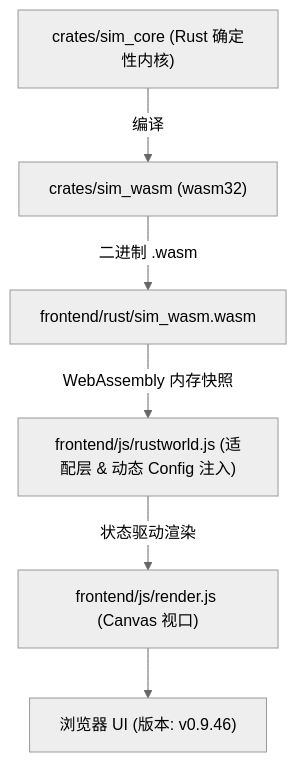
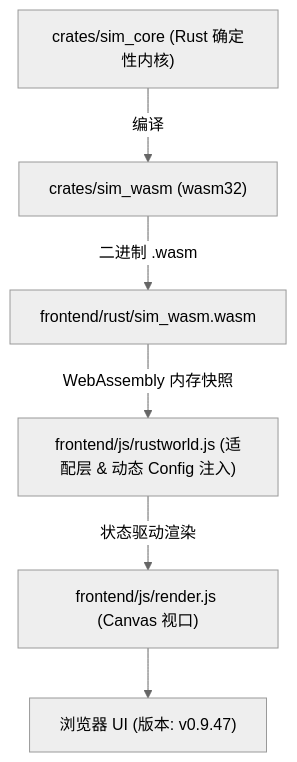
One commit to g39088902/FlowAndAccord changed the diagram in AGENTS.md. Above: the diagram before and after it, drawn with Mermaid (neutral theme). The commit also changed other lines of this file and 12 other files, not shown here.

````diff
--- a/AGENTS.md
+++ b/AGENTS.md
@@ -41,8 +41,8 @@
 ```mermaid
 graph TD
     A["crates/sim_core (Rust 确定性内核)"] -->|编译| B["crates/sim_wasm (wasm32)"]
     B -->|二进制 .wasm| C["frontend/rust/sim_wasm.wasm"]
     C -->|WebAssembly 内存快照| D["frontend/js/rustworld.js (适配层 & 动态 Config 注入)"]
     D -->|状态驱动渲染| E["frontend/js/render.js (Canvas 视口)"]
-    E --> F["浏览器 UI (版本: v0.9.46)"]
+    E --> F["浏览器 UI (版本: v0.9.47)"]
 ```
````
